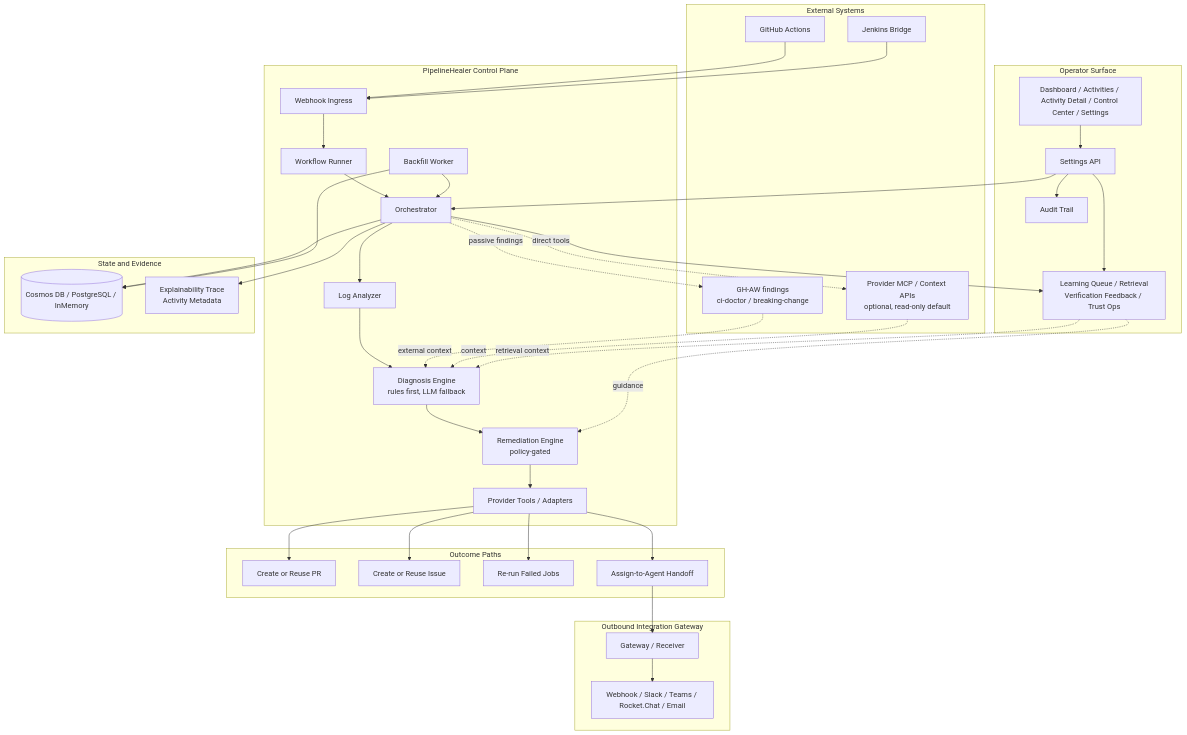
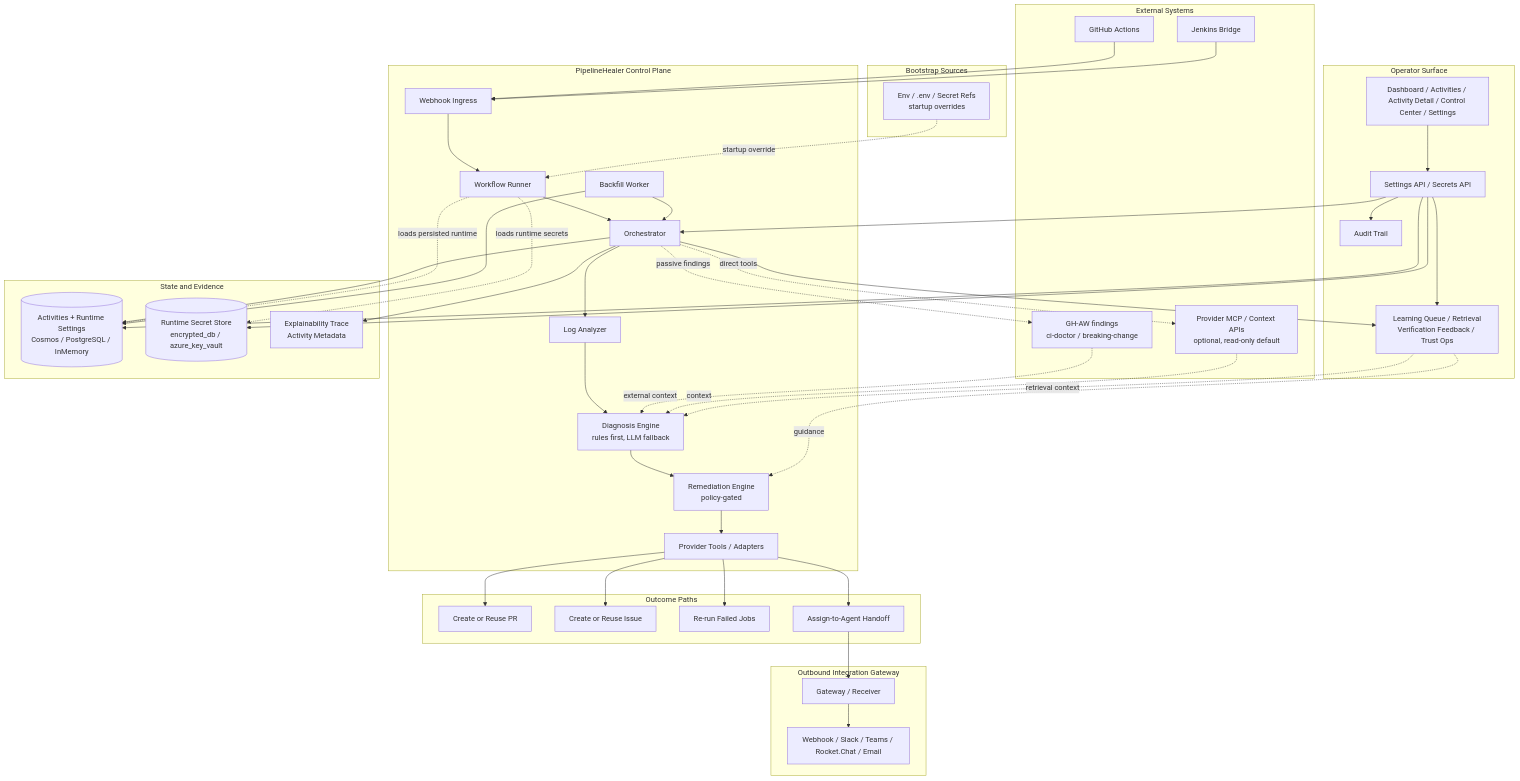
Before and after one commit to Canepro/pipelinehealer: the first of 2 diagrams in README.md, drawn with Mermaid. The commit also changed other lines of this file and 4 other files, not shown here.

Commit message:
docs: align architecture diagrams with runtime config model

````diff
--- a/README.md
+++ b/README.md
@@ -240,68 +240,78 @@
 ```mermaid
 flowchart TB
   subgraph EXT["External Systems"]
     GH["GitHub Actions"]
     JN["Jenkins Bridge"]
     GHAW["GH-AW findings<br/>ci-doctor / breaking-change"]
     MCP["Provider MCP / Context APIs<br/>optional, read-only default"]
   end
 
   subgraph CTRL["PipelineHealer Control Plane"]
     WH["Webhook Ingress"]
     WF["Workflow Runner"]
     ORCH["Orchestrator"]
     ANA["Log Analyzer"]
     DIA["Diagnosis Engine<br/>rules first, LLM fallback"]
     REM["Remediation Engine<br/>policy-gated"]
     BF["Backfill Worker"]
     GT["Provider Tools / Adapters"]
   end
 
   subgraph GOV["Operator Surface"]
     UI["Dashboard / Activities / Activity Detail / Control Center / Settings"]
-    API["Settings API"]
+    API["Settings API / Secrets API"]
     AUD["Audit Trail"]
     LRN["Learning Queue / Retrieval<br/>Verification Feedback / Trust Ops"]
   end
 
   subgraph DATA["State and Evidence"]
-    DB[("Cosmos DB / PostgreSQL / InMemory")]
+    DB[("Activities + Runtime Settings<br/>Cosmos / PostgreSQL / InMemory")]
+    RS[("Runtime Secret Store<br/>encrypted_db / azure_key_vault")]
     EXP["Explainability Trace<br/>Activity Metadata"]
+  end
+
+  subgraph CFG["Bootstrap Sources"]
+    ENV["Env / .env / Secret Refs<br/>startup overrides"]
   end
 
   subgraph OUT["Outcome Paths"]
     PR["Create or Reuse PR"]
     IS["Create or Reuse Issue"]
     RR["Re-run Failed Jobs"]
     HO["Assign-to-Agent Handoff"]
   end
 
   subgraph GATE["Outbound Integration Gateway"]
     GW["Gateway / Receiver"]
     NT["Webhook / Slack / Teams / Rocket.Chat / Email"]
   end
 
   GH --> WH --> WF --> ORCH
   JN --> WH
   ORCH --> ANA --> DIA --> REM
   ORCH -. passive findings .-> GHAW
   GHAW -. external context .-> DIA
   ORCH -. direct tools .-> MCP
   MCP -. context .-> DIA
   REM --> GT
   GT --> PR
   GT --> IS
   GT --> RR
   GT --> HO
   HO --> GW --> NT
   ORCH --> DB
   ORCH --> EXP
+  WF -. loads persisted runtime .-> DB
+  WF -. loads runtime secrets .-> RS
+  ENV -. startup override .-> WF
   UI --> API --> ORCH
   API --> LRN
   API --> AUD
+  API --> DB
+  API --> RS
   ORCH --> LRN
   LRN -. retrieval context .-> DIA
   LRN -. guidance .-> REM
   BF --> ORCH
   BF --> DB
 ```
````
